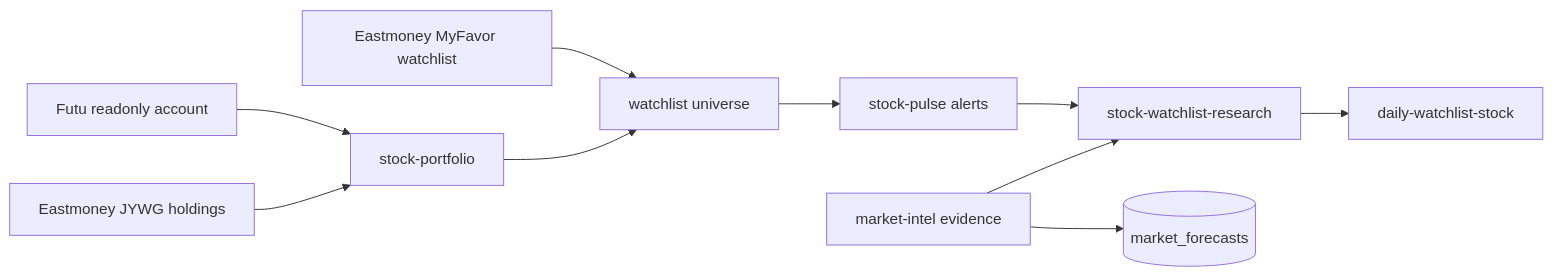
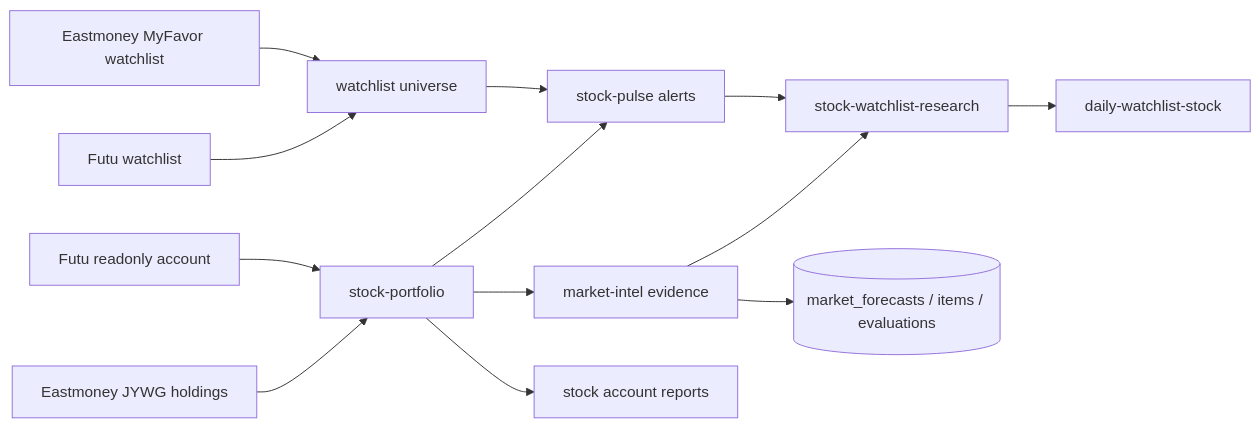
One commit to yuanyunfan/miniclaw changed the diagram in docs/providers/stock/research.md. Above: the diagram before and after it, drawn with Mermaid. The commit also changed other lines of this file and 49 other files, not shown here.

````diff
--- a/docs/providers/stock/research.md
+++ b/docs/providers/stock/research.md
@@ -7,12 +7,15 @@
 ```mermaid
 flowchart LR
   Futu[Futu readonly account] --> Portfolio[stock-portfolio]
   JYWG[Eastmoney JYWG holdings] --> Portfolio
   MyFavor[Eastmoney MyFavor watchlist] --> Universe[watchlist universe]
-  Portfolio --> Universe
-  Universe --> Pulse[stock-pulse alerts]
+  FutuWatchlist[Futu watchlist] --> Universe
+  Portfolio --> Pulse[stock-pulse alerts]
+  Universe --> Pulse
   Pulse --> WatchlistResearch[stock-watchlist-research]
-  MarketIntel[market-intel evidence] --> WatchlistResearch
-  MarketIntel --> Forecasts[(market_forecasts)]
+  Portfolio --> MarketIntel[market-intel evidence]
+  MarketIntel --> WatchlistResearch
+  MarketIntel --> Forecasts[(market_forecasts / items / evaluations)]
   WatchlistResearch --> Discord[daily-watchlist-stock]
+  Portfolio --> StockReports[stock account reports]
 ```
````
